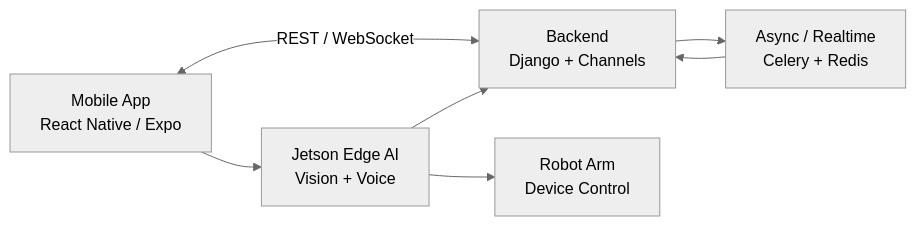
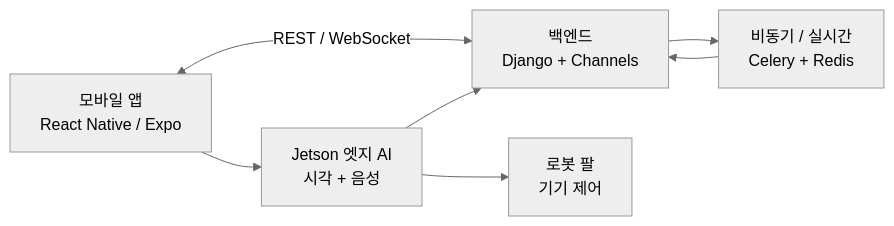
Before and after one commit to daeyeonkkk/SARVIS: the diagram in README.md, drawn with Mermaid (neutral theme). The commit also changed other lines of this file, not shown here.

````diff
--- a/README.md
+++ b/README.md
@@ -64,15 +64,15 @@
 ```mermaid
 flowchart LR
-  APP["Mobile App<br/>React Native / Expo"]
-  API["Backend<br/>Django + Channels"]
-  QUEUE["Async / Realtime<br/>Celery + Redis"]
-  EDGE["Jetson Edge AI<br/>Vision + Voice"]
-  ARM["Robot Arm<br/>Device Control"]
+  APP["모바일 앱<br/>React Native / Expo"]
+  API["백엔드<br/>Django + Channels"]
+  QUEUE["비동기 / 실시간<br/>Celery + Redis"]
+  EDGE["Jetson 엣지 AI<br/>시각 + 음성"]
+  ARM["로봇 팔<br/>기기 제어"]
 
   APP <-->|REST / WebSocket| API
   API --> QUEUE
   EDGE --> API
   APP --> EDGE
   EDGE --> ARM
   QUEUE --> API
 ```
````
